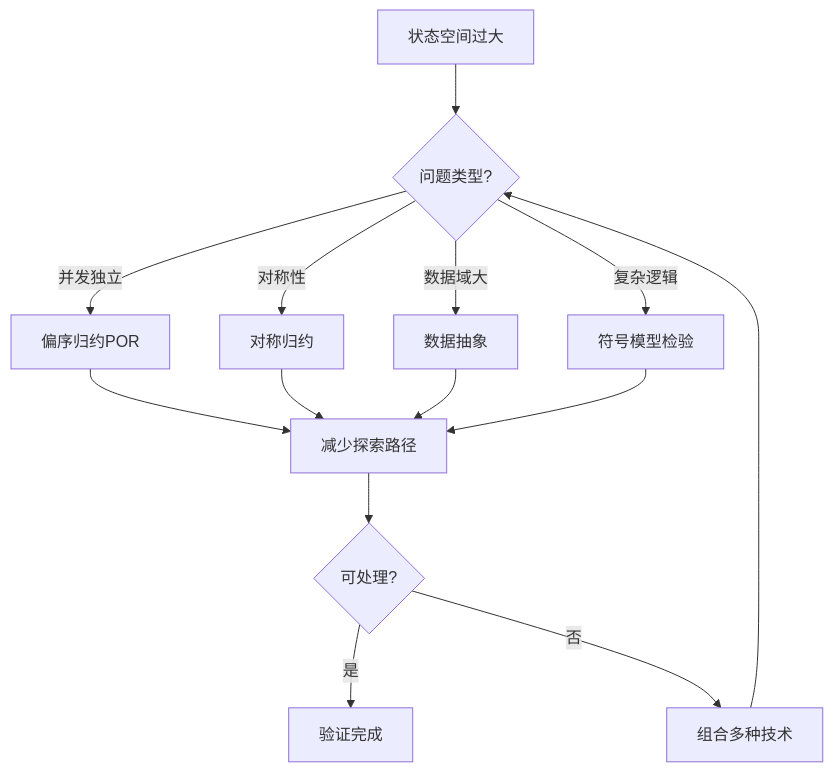
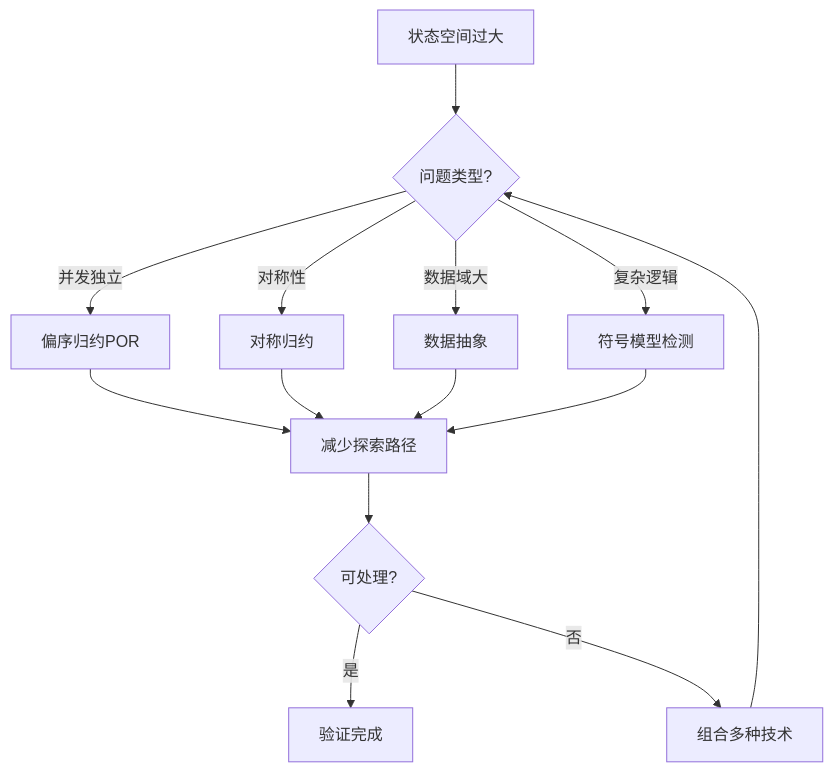
The second of 5 diagrams in formal-methods/05-verification/02-model-checking/01-explicit-state.md (AdaMartin18010/AnalysisDataFlow), drawn with Mermaid before and after one commit. The commit also changed other lines of this file and 129 other files, not shown here.

````diff
--- a/formal-methods/05-verification/02-model-checking/01-explicit-state.md
+++ b/formal-methods/05-verification/02-model-checking/01-explicit-state.md
@@ -158,16 +158,16 @@
 ```mermaid
 flowchart TD
     A[状态空间过大] --> B{问题类型?}
     B -->|并发独立| C[偏序归约POR]
     B -->|对称性| D[对称归约]
     B -->|数据域大| E[数据抽象]
-    B -->|复杂逻辑| F[符号模型检验]
+    B -->|复杂逻辑| F[符号模型检测]
     C --> G[减少探索路径]
     D --> G
     E --> G
     F --> G
     G --> H{可处理?}
     H -->|是| I[验证完成]
     H -->|否| J[组合多种技术]
     J --> B
 ```
````
